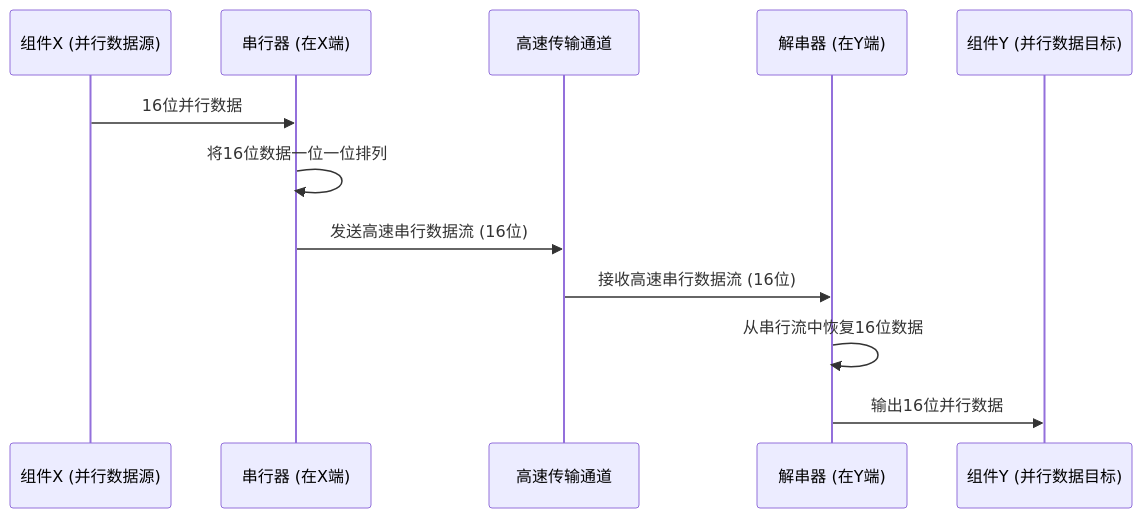
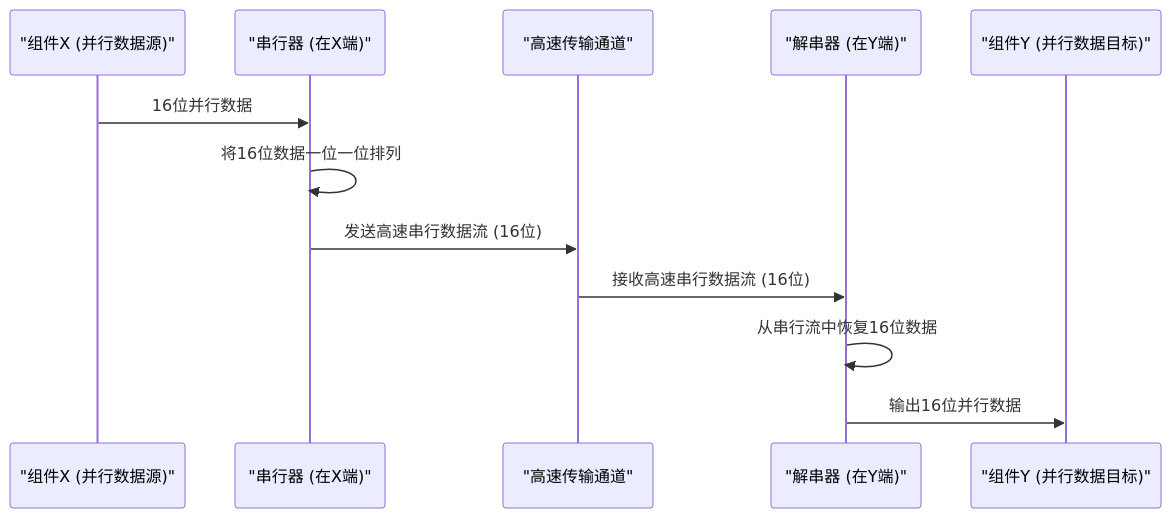
One commit to jueshi/PocketFlow-Tutorial-Codebase-Knowledge changed the third of 3 diagrams in output/Serializer_Deserializer_Component_Design/01_串行器_解串器__serdes__.md. Above: the diagram before and after it, drawn with Mermaid. The commit also changed other lines of this file and 282 other files, not shown here.

````diff
--- a/output/Serializer_Deserializer_Component_Design/01_串行器_解串器__serdes__.md
+++ b/output/Serializer_Deserializer_Component_Design/01_串行器_解串器__serdes__.md
@@ -71,15 +71,15 @@
 ```mermaid
 sequenceDiagram
-    participant X_Parallel as 组件X (并行数据源)
-    participant Serializer as 串行器 (在X端)
-    participant Channel as 高速传输通道
-    participant Deserializer as 解串器 (在Y端)
-    participant Y_Parallel as 组件Y (并行数据目标)
+    participant X_Parallel as "组件X (并行数据源)"
+    participant Serializer as "串行器 (在X端)"
+    participant Channel as "高速传输通道"
+    participant Deserializer as "解串器 (在Y端)"
+    participant Y_Parallel as "组件Y (并行数据目标)"
 
     X_Parallel->>Serializer: 16位并行数据
     Serializer->>Serializer: 将16位数据一位一位排列
     Serializer->>Channel: 发送高速串行数据流 (16位)
     Channel->>Deserializer: 接收高速串行数据流 (16位)
     Deserializer->>Deserializer: 从串行流中恢复16位数据
     Deserializer->>Y_Parallel: 输出16位并行数据
 ```
````
